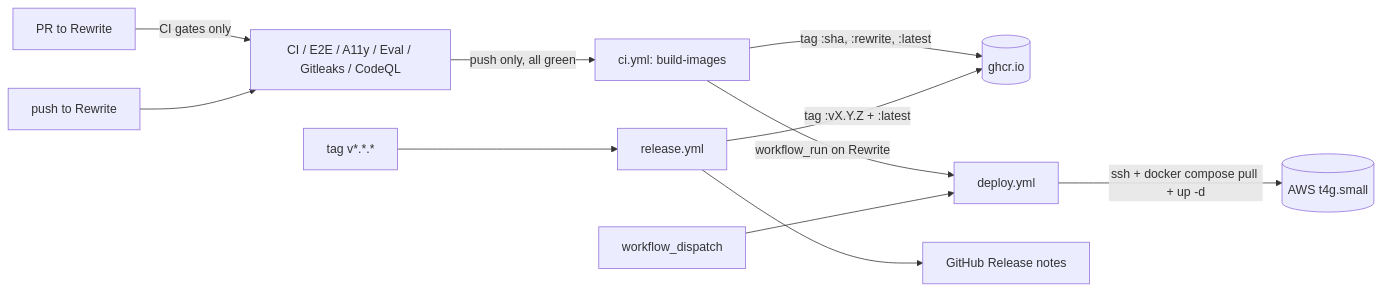
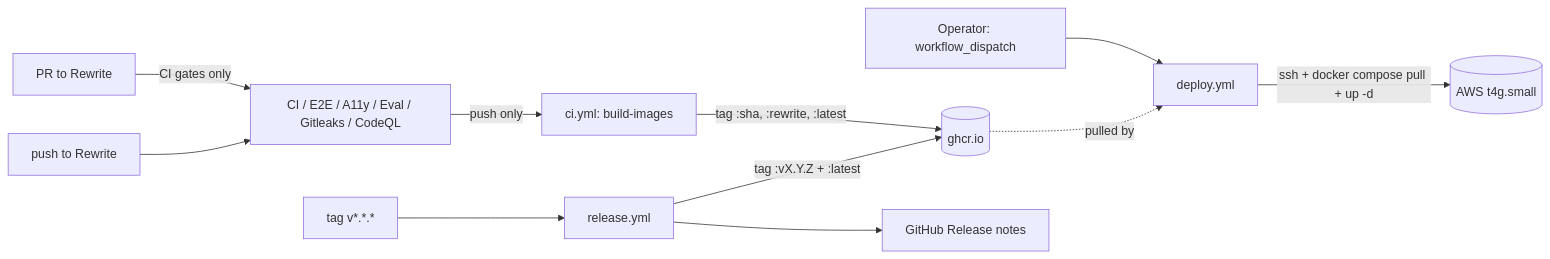
One commit to ahmedEid1/lumen changed the diagram in docs/ci-cd.md. Above: the diagram before and after it, drawn with Mermaid. The commit also changed other lines of this file and 174 other files, not shown here.

````diff
--- a/docs/ci-cd.md
+++ b/docs/ci-cd.md
@@ -13,13 +13,13 @@
 ```mermaid
 flowchart LR
     PR[PR to Rewrite] -->|CI gates only| CI[CI / E2E / A11y / Eval / Gitleaks / CodeQL]
     Push[push to Rewrite] --> CI
-    CI -->|push only, all green| Build[ci.yml: build-images]
+    CI -->|push only| Build[ci.yml: build-images]
     Build -->|tag :sha, :rewrite, :latest| GHCR[(ghcr.io)]
-    Build -->|workflow_run on Rewrite| Deploy[deploy.yml]
-    Manual[workflow_dispatch] --> Deploy
+    Manual[Operator: workflow_dispatch] --> Deploy[deploy.yml]
+    GHCR -. pulled by .-> Deploy
     Deploy -->|ssh + docker compose pull + up -d| AWS[(AWS t4g.small)]
     Tag["tag v*.*.*"] --> Release[release.yml]
     Release -->|tag :vX.Y.Z + :latest| GHCR
     Release --> GHRelease[GitHub Release notes]
 ```
````
